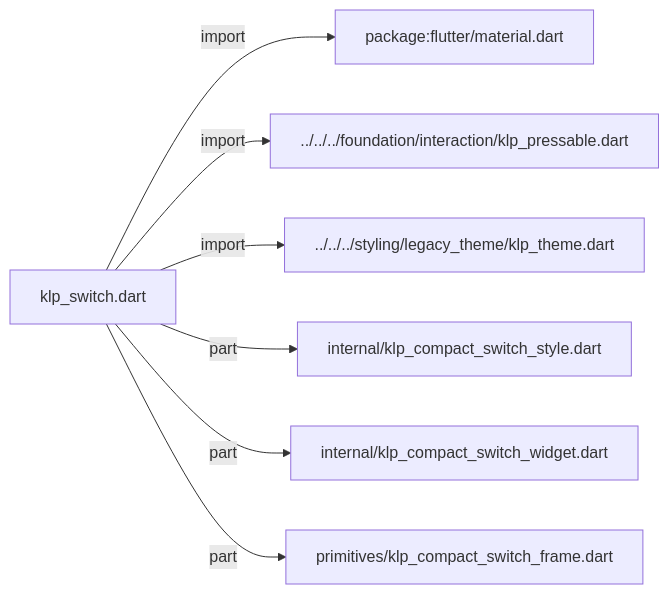
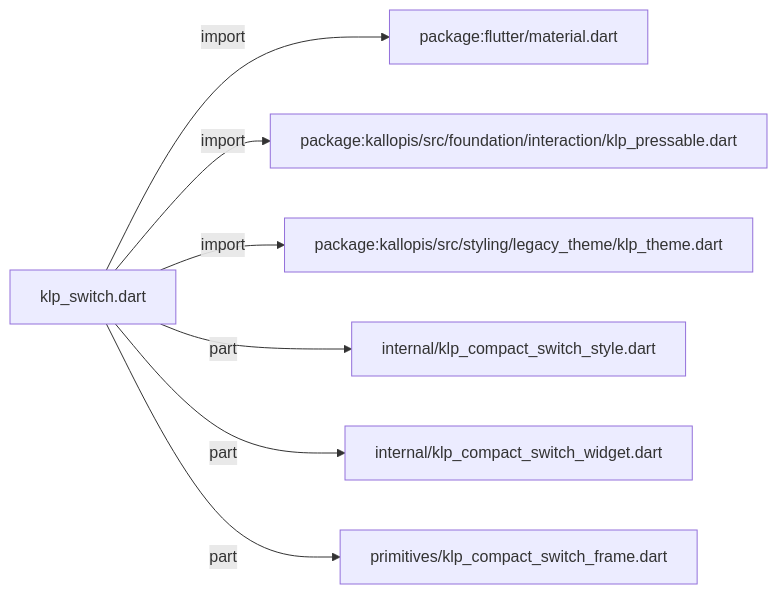
Before and after one commit to MiuDog/Kallopis: the diagram in docs/architecture/src/features/forms/toggle/klp_switch.md, drawn with Mermaid. The commit also changed other lines of this file and 9688 other files, not shown here.

Commit message:
Prepare isolated Flow F2 peer baseline

````diff
--- a/docs/architecture/src/features/forms/toggle/klp_switch.md
+++ b/docs/architecture/src/features/forms/toggle/klp_switch.md
@@ -11,16 +11,16 @@
 ```mermaid
 flowchart LR
 	n0["klp_switch.dart"]
 	n1["package:flutter/material.dart"]
-	n2["../../../foundation/interaction/klp_pressable.dart"]
-	n3["../../../styling/legacy_theme/klp_theme.dart"]
+	n2["package:kallopis/src/foundation/interaction/klp_pressable.dart"]
+	n3["package:kallopis/src/styling/legacy_theme/klp_theme.dart"]
 	n4["internal/klp_compact_switch_style.dart"]
 	n5["internal/klp_compact_switch_widget.dart"]
 	n6["primitives/klp_compact_switch_frame.dart"]
 	n0 -->|"import"| n1
 	n0 -->|"import"| n2
 	n0 -->|"import"| n3
 	n0 -->|"part"| n4
 	n0 -->|"part"| n5
 	n0 -->|"part"| n6
 ```
````
